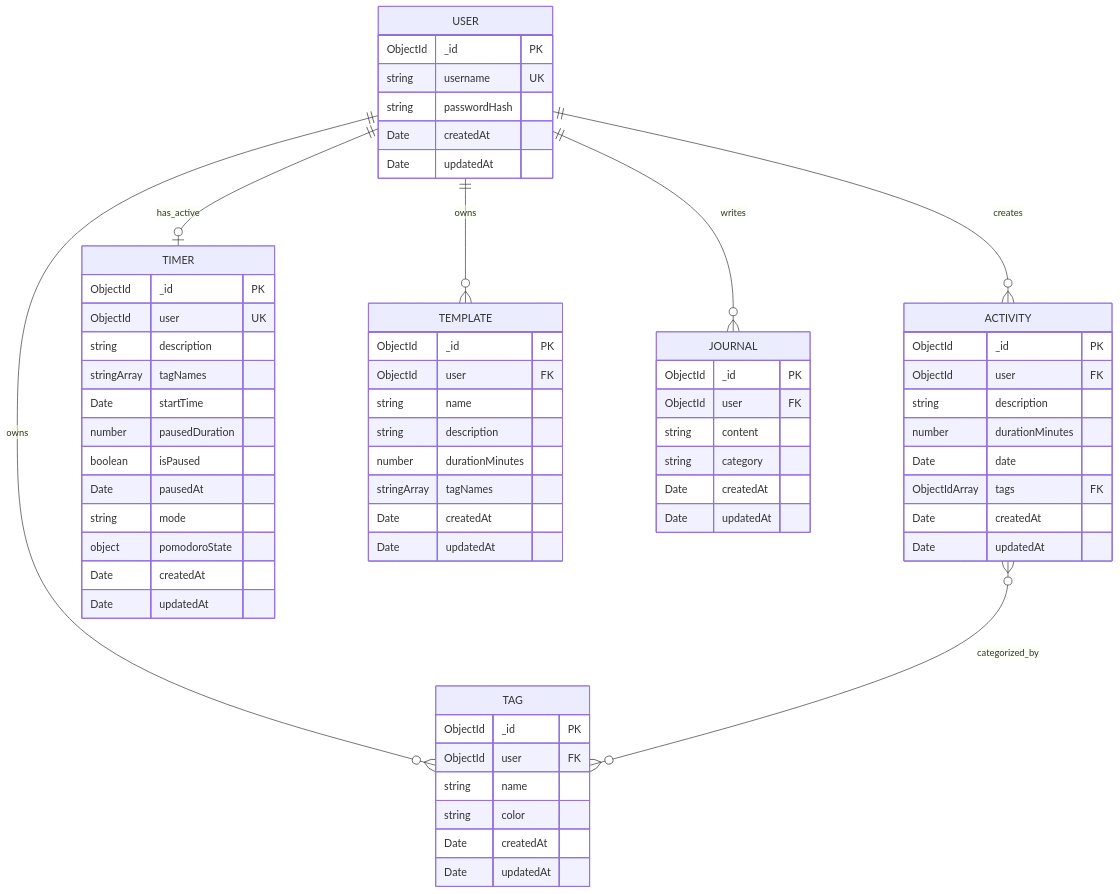
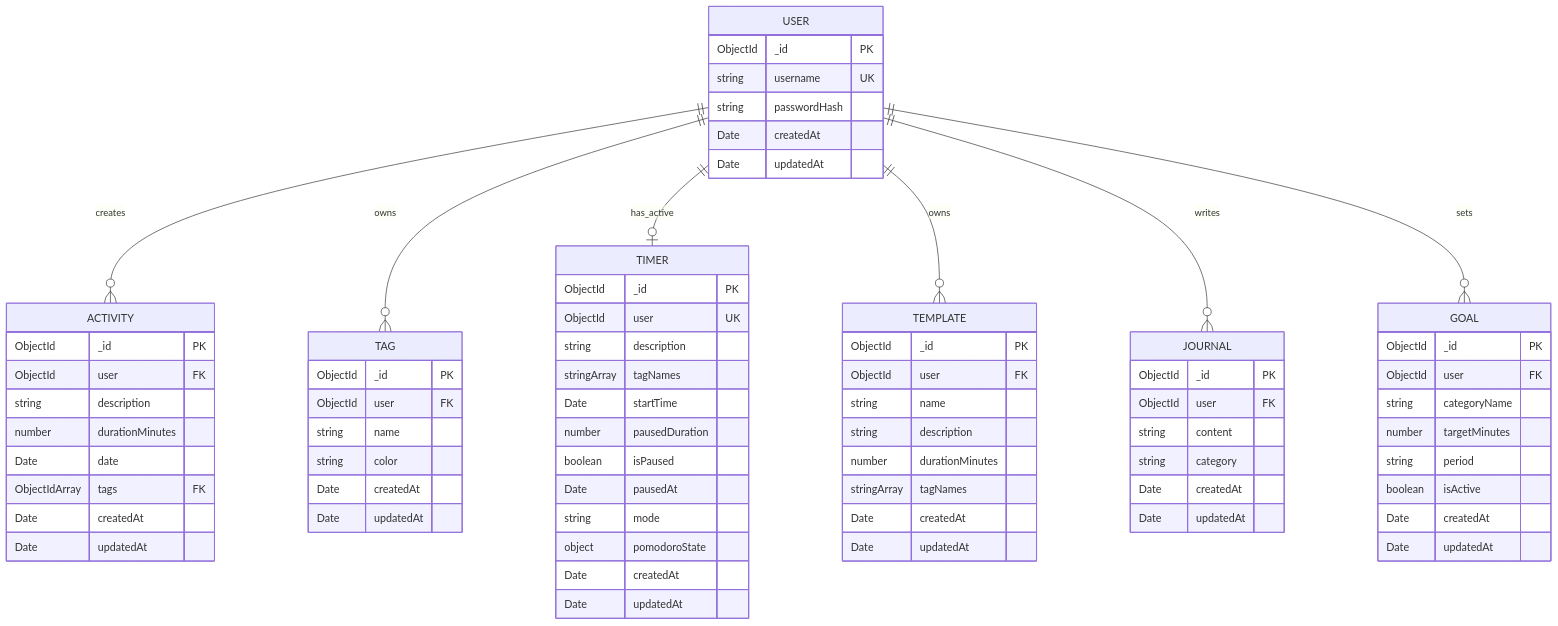
The diagram in docs/data-models.md (yash0530/daytime), drawn with Mermaid before and after one commit. The commit also changed other lines of this file and 12 other files, not shown here.

````diff
--- a/docs/data-models.md
+++ b/docs/data-models.md
@@ -13,7 +13,7 @@
     USER ||--o| TIMER : has_active
     USER ||--o{ TEMPLATE : owns
     USER ||--o{ JOURNAL : writes
-    ACTIVITY }o--o{ TAG : categorized_by
+    USER ||--o{ GOAL : sets
 
     USER {
         ObjectId _id PK
@@ -77,4 +77,15 @@
         Date createdAt
         Date updatedAt
     }
+
+    GOAL {
+        ObjectId _id PK
+        ObjectId user FK
+        string categoryName
+        number targetMinutes
+        string period
+        boolean isActive
+        Date createdAt
+        Date updatedAt
+    }
 ```
````
